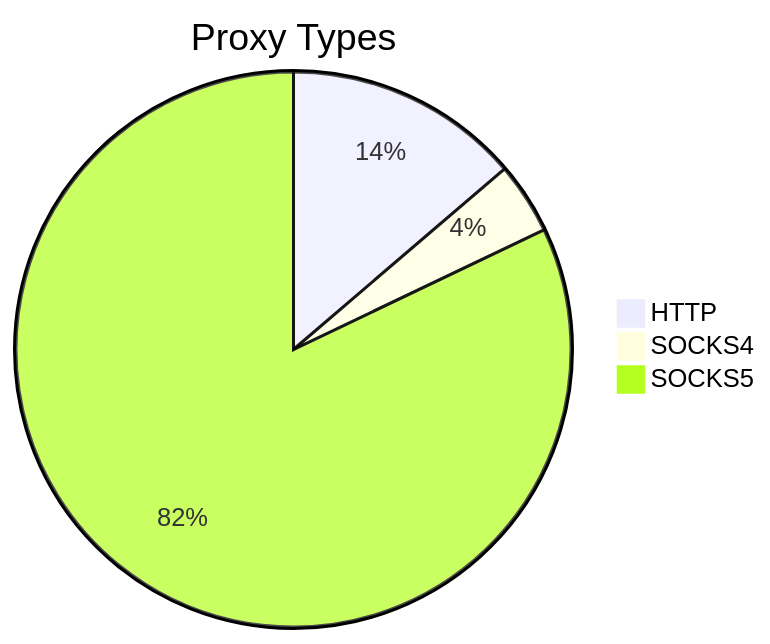
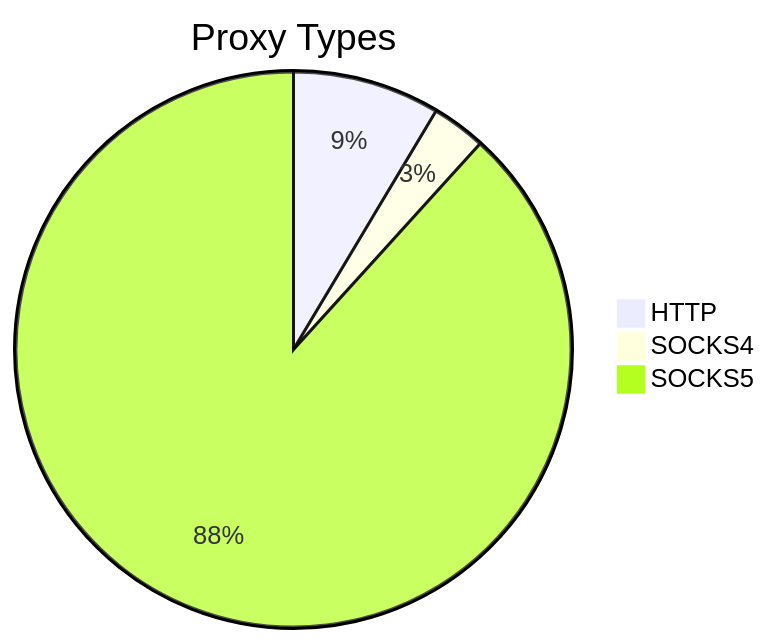
The first of 2 diagrams in README.md (stormsia/proxy-list), drawn with Mermaid before and after one commit. The commit also changed other lines of this file, not shown here.

````diff
--- a/README.md
+++ b/README.md
@@ -21,6 +21,6 @@
 ```mermaid
 pie title Proxy Types
-    "HTTP" : 125
-    "SOCKS4" : 38
-    "SOCKS5" : 747
+    "HTTP" : 109
+    "SOCKS4" : 40
+    "SOCKS5" : 1122
 ```
````
